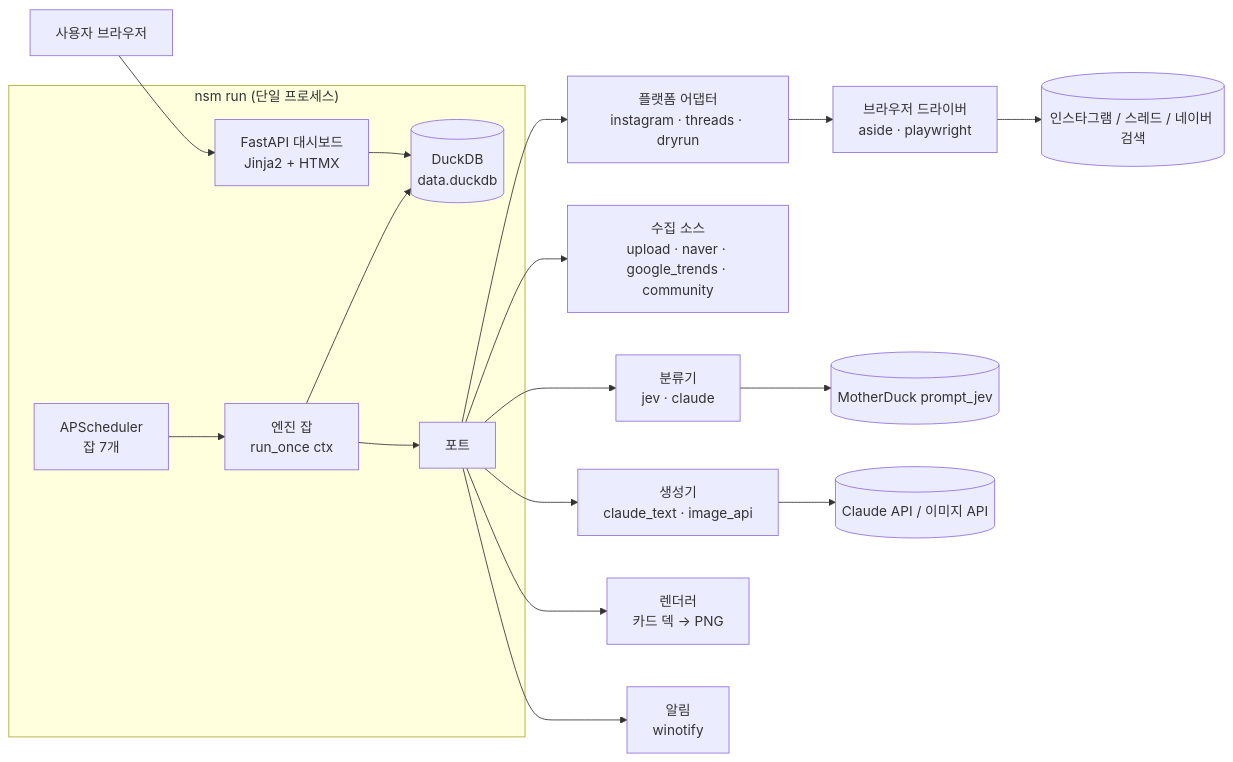
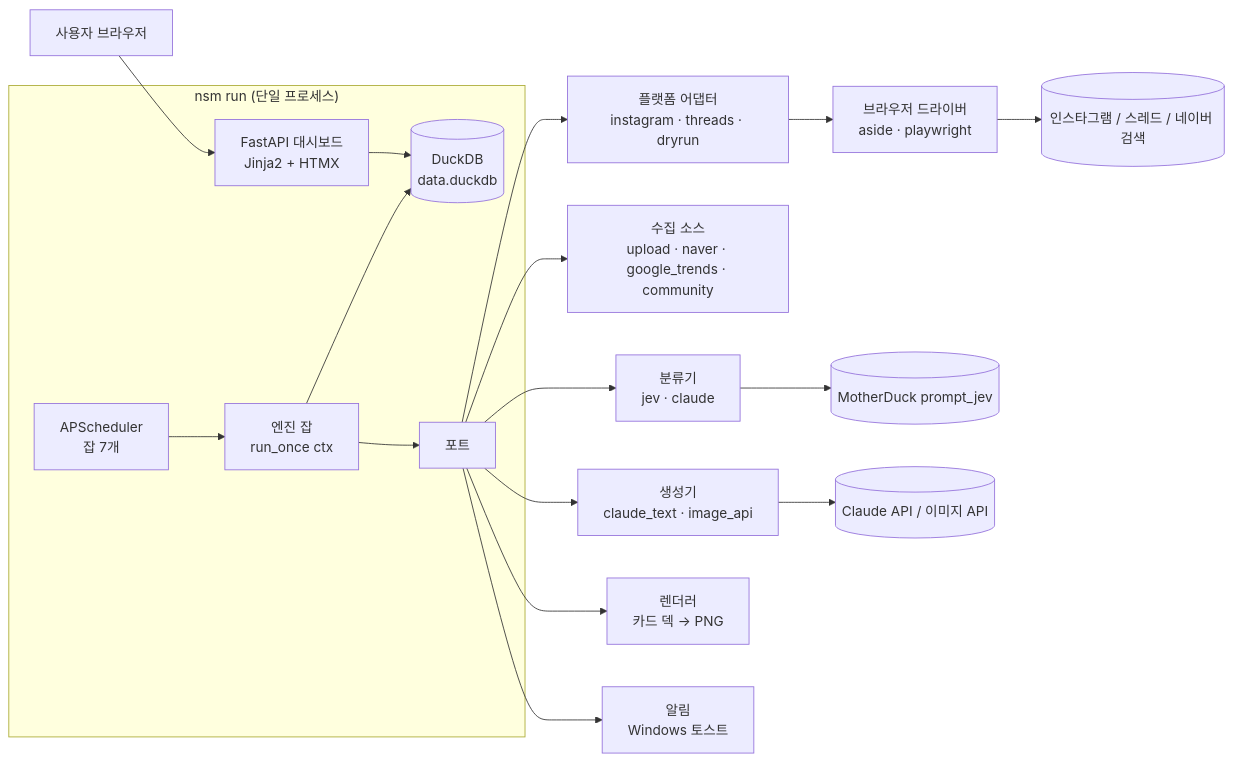
The first of 3 diagrams in docs/architecture.md (idktomorrow/non-sleep-marketer), drawn with Mermaid before and after one commit. The commit also changed other lines of this file and 25 other files, not shown here.

````diff
--- a/docs/architecture.md
+++ b/docs/architecture.md
@@ -9,20 +9,20 @@
 ```mermaid
 flowchart LR
   subgraph P["nsm run (단일 프로세스)"]
     S[APScheduler<br/>잡 7개] --> E[엔진 잡<br/>run_once ctx]
     W[FastAPI 대시보드<br/>Jinja2 + HTMX] --> R[(DuckDB<br/>data.duckdb)]
     E --> R
     E --> PT[포트]
   end
   PT --> PA[플랫폼 어댑터<br/>instagram · threads · dryrun]
   PT --> SRC[수집 소스<br/>upload · naver · google_trends · community]
   PT --> CL[분류기<br/>jev · claude]
   PT --> GEN[생성기<br/>claude_text · image_api]
   PT --> RD[렌더러<br/>카드 덱 → PNG]
-  PT --> NT[알림<br/>winotify]
+  PT --> NT[알림<br/>Windows 토스트]
   PA --> DRV[브라우저 드라이버<br/>aside · playwright]
   DRV --> Web[(인스타그램 / 스레드 / 네이버 검색)]
   CL --> MD[(MotherDuck prompt_jev)]
   GEN --> API[(Claude API / 이미지 API)]
   U[사용자 브라우저] --> W
 ```
````
